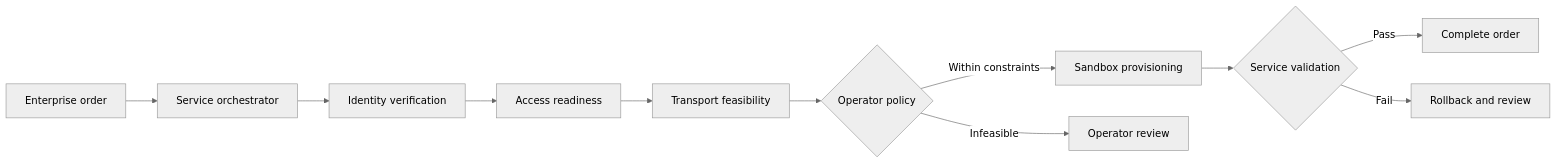
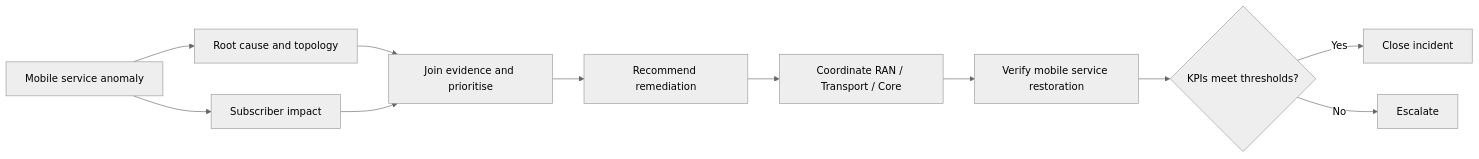
The diagram in README.md (MAbuain17/TMForum-DTW-2026-A2A-T-Agentic-Fabric-Phase-III-Almadar-HVS-), drawn with Mermaid (neutral theme) before and after one commit. The commit also changed other lines of this file and 5 other files, not shown here.

Commit message:
Document Almadar mobile-operator context and HVS1 source mapping

````diff
--- a/README.md
+++ b/README.md
@@ -39,13 +36,13 @@
 ```mermaid
 flowchart LR
-    O[Enterprise order] --> F[Service orchestrator]
-    F --> I[Identity verification]
-    I --> A[Access readiness]
-    A --> T[Transport feasibility]
-    T --> G{Operator policy}
-    G -->|Within constraints| P[Sandbox provisioning]
-    G -->|Infeasible| H[Operator review]
-    P --> V{Service validation}
-    V -->|Pass| C[Complete order]
-    V -->|Fail| R[Rollback and review]
+    A[Mobile service anomaly] --> B[Root cause and topology]
+    A --> C[Subscriber impact]
+    B --> D[Join evidence and prioritise]
+    C --> D
+    D --> E[Recommend remediation]
+    E --> F[Coordinate RAN / Transport / Core]
+    F --> G[Verify mobile service restoration]
+    G --> H{KPIs meet thresholds?}
+    H -->|Yes| I[Close incident]
+    H -->|No| J[Escalate]
 ```
````
